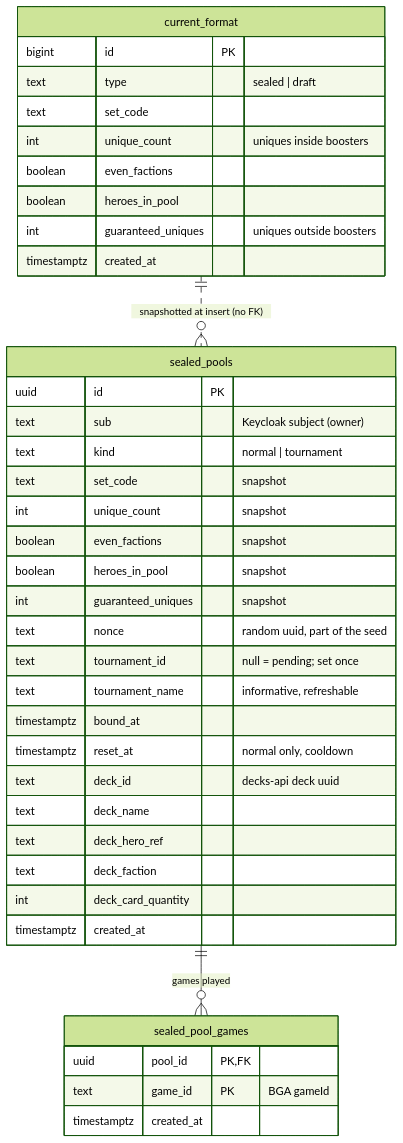
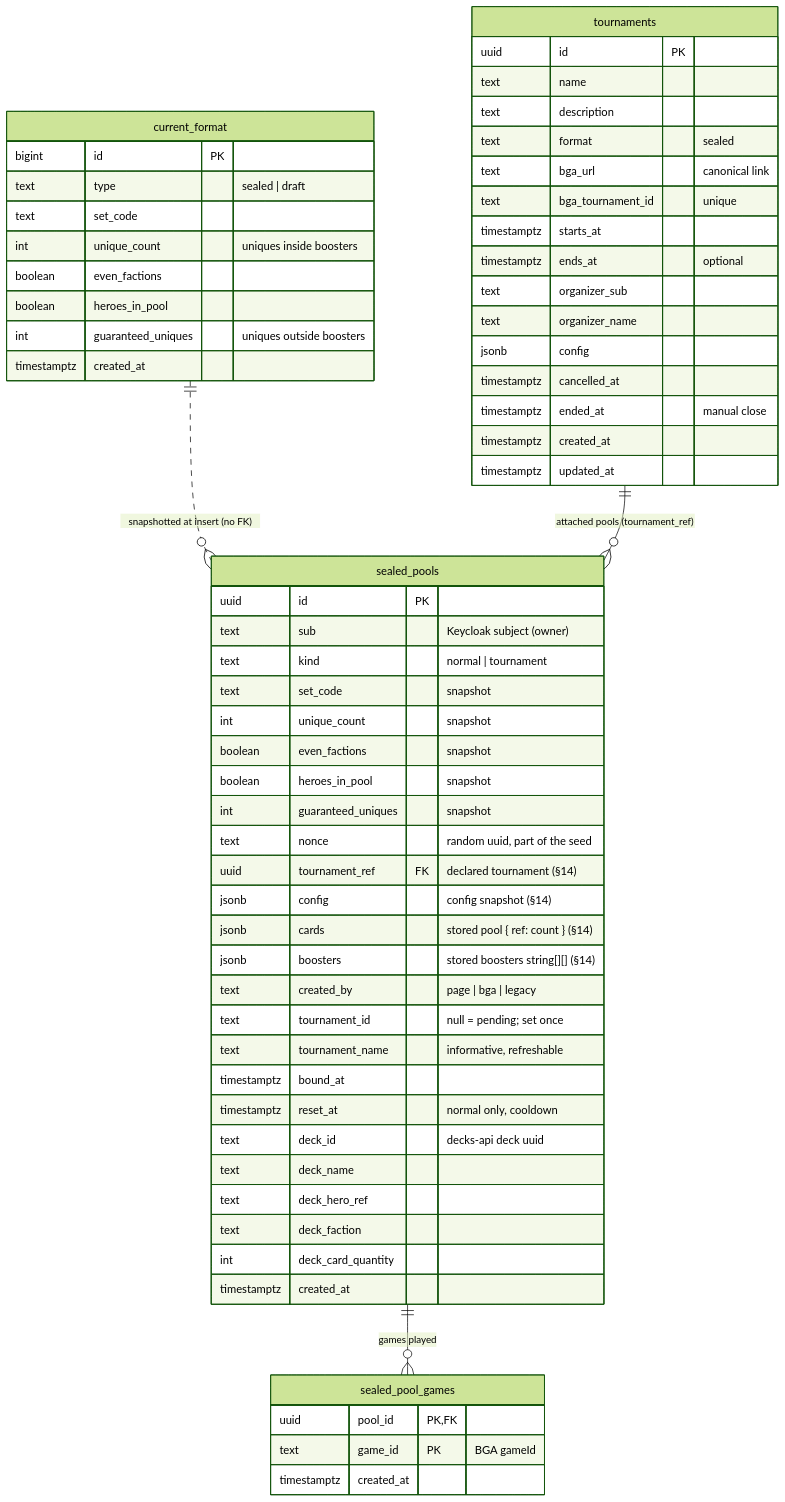
Before and after one commit to Altered-Re-Union/altered-draft: the seventh of 7 diagrams in docs/tournaments/README.md, drawn with Mermaid (forest theme). The commit also changed other lines of this file and 5 other files, not shown here.

Commit message:
Document user-created tournaments (lot 1): env, feature README, project notes

````diff
--- a/docs/tournaments/README.md
+++ b/docs/tournaments/README.md
@@ -508,41 +514,64 @@
 ```mermaid
 erDiagram
   current_format {
     bigint id PK
     text type "sealed | draft"
     text set_code
     int unique_count "uniques inside boosters"
     boolean even_factions
     boolean heroes_in_pool
     int guaranteed_uniques "uniques outside boosters"
     timestamptz created_at
   }
   sealed_pools {
     uuid id PK
     text sub "Keycloak subject (owner)"
     text kind "normal | tournament"
     text set_code "snapshot"
     int unique_count "snapshot"
     boolean even_factions "snapshot"
     boolean heroes_in_pool "snapshot"
     int guaranteed_uniques "snapshot"
     text nonce "random uuid, part of the seed"
+    uuid tournament_ref FK "declared tournament (§14)"
+    jsonb config "config snapshot (§14)"
+    jsonb cards "stored pool { ref: count } (§14)"
+    jsonb boosters "stored boosters string[][] (§14)"
+    text created_by "page | bga | legacy"
     text tournament_id "null = pending; set once"
     text tournament_name "informative, refreshable"
     timestamptz bound_at
     timestamptz reset_at "normal only, cooldown"
     text deck_id "decks-api deck uuid"
     text deck_name
     text deck_hero_ref
     text deck_faction
     int deck_card_quantity
     timestamptz created_at
   }
+  tournaments {
+    uuid id PK
+    text name
+    text description
+    text format "sealed"
+    text bga_url "canonical link"
+    text bga_tournament_id "unique"
+    timestamptz starts_at
+    timestamptz ends_at "optional"
+    text organizer_sub
+    text organizer_name
+    jsonb config
+    timestamptz cancelled_at
+    timestamptz ended_at "manual close"
+    timestamptz created_at
+    timestamptz updated_at
+  }
   sealed_pool_games {
     uuid pool_id PK,FK
     text game_id PK "BGA gameId"
     timestamptz created_at
   }
   current_format ||..o{ sealed_pools : "snapshotted at insert (no FK)"
   sealed_pools ||--o{ sealed_pool_games : "games played"
+  tournaments ||--o{ sealed_pools : "attached pools (tournament_ref)"
 ```
````
